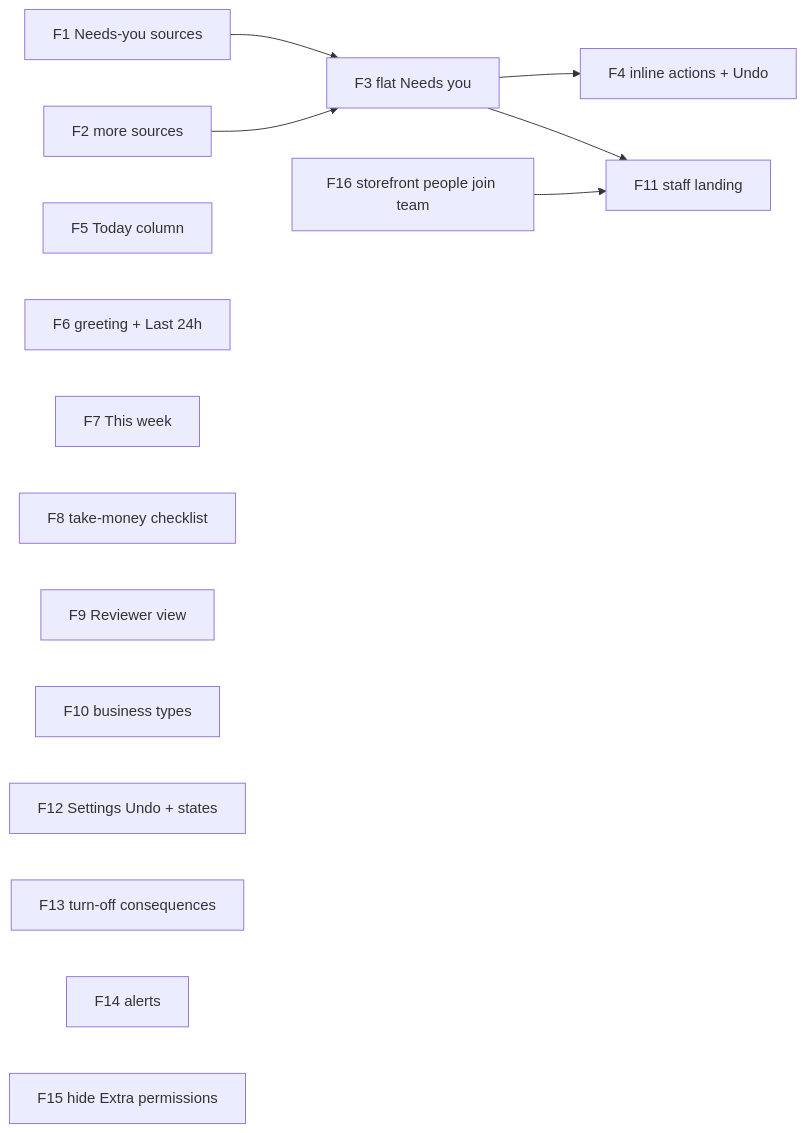
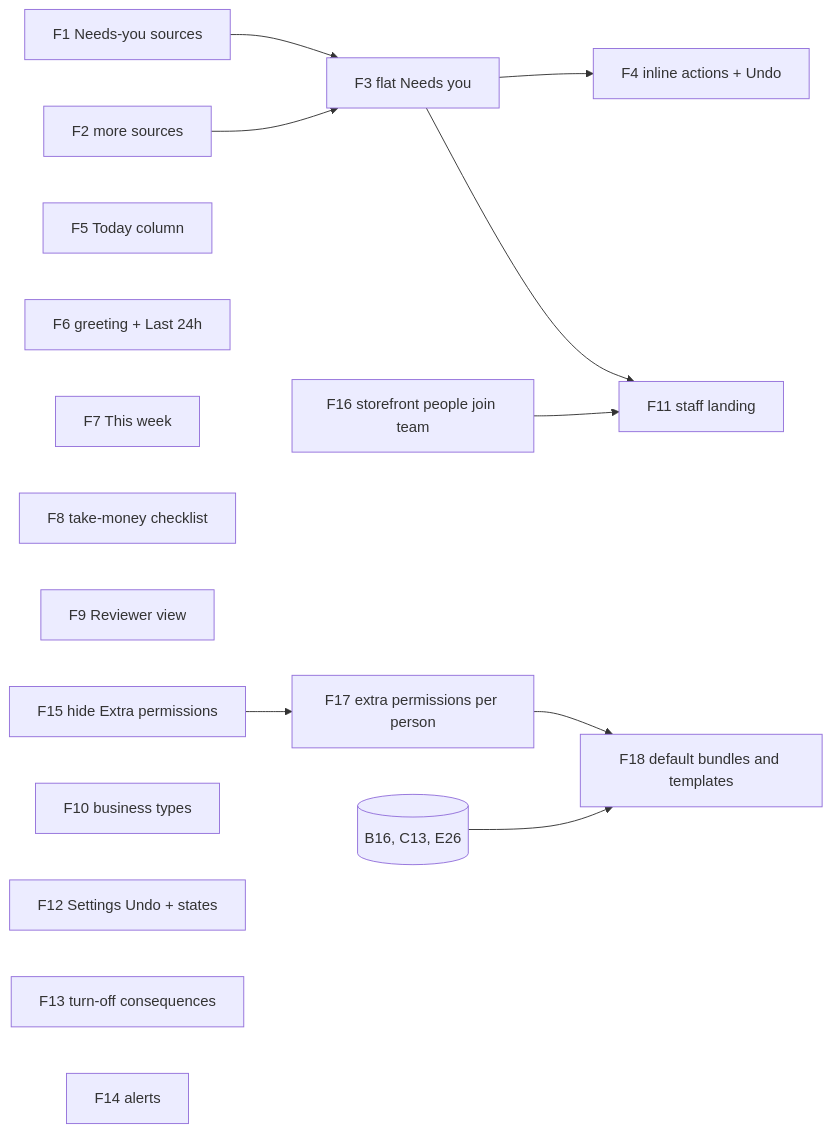
One commit to saroh-labs/saroh.in changed the diagram in docs/plans/2026-09-26-006-feat-home-settings-plan.md. Above: the diagram before and after it, drawn with Mermaid. The commit also changed other lines of this file and 9 other files, not shown here.

First line of the commit message:
docs(plans): staff permissions become capabilities; the built-in roles are default bundles

````diff
--- a/docs/plans/2026-09-26-006-feat-home-settings-plan.md
+++ b/docs/plans/2026-09-26-006-feat-home-settings-plan.md
@@ -349,18 +365,21 @@
 ```mermaid
 flowchart LR
   F1[F1 Needs-you sources] --> F3[F3 flat Needs you]
   F2[F2 more sources] --> F3
   F3 --> F4[F4 inline actions + Undo]
   F5[F5 Today column]
   F6[F6 greeting + Last 24h]
   F7[F7 This week]
   F8[F8 take-money checklist]
   F9[F9 Reviewer view]
   F3 --> F11[F11 staff landing]
   F16[F16 storefront people join team] --> F11
+  F15 --> F17[F17 extra permissions per person]
+  F17 --> F18[F18 default bundles and templates]
+  B16[(B16, C13, E26)] --> F18
   F10[F10 business types]
   F12[F12 Settings Undo + states]
   F13[F13 turn-off consequences]
   F14[F14 alerts]
   F15[F15 hide Extra permissions]
 ```
````
